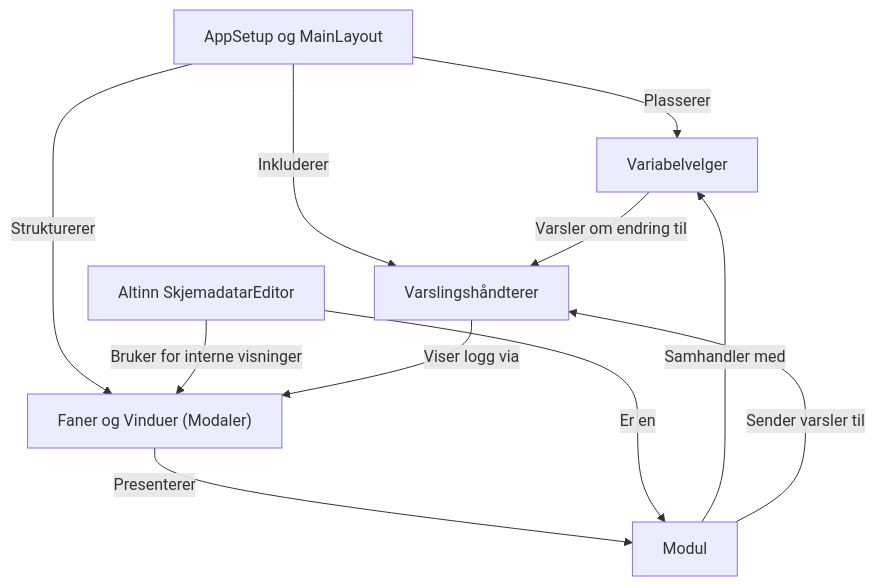
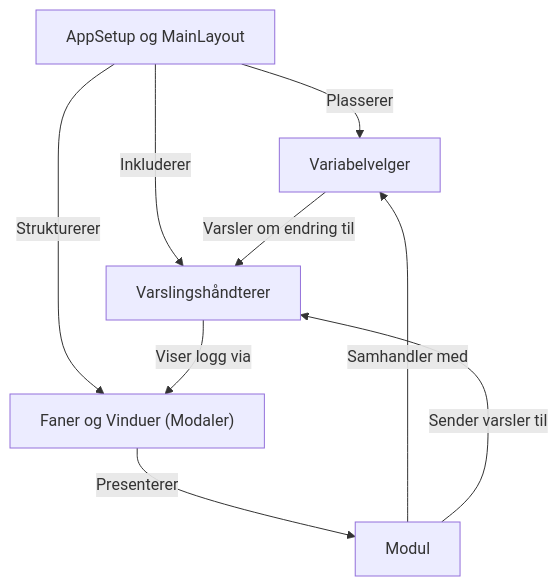
One commit to statisticsnorway/ssb-dash-framework changed the diagram in docs/KI-doc/index.md. Above: the diagram before and after it, drawn with Mermaid.

````diff
--- a/docs/KI-doc/index.md
+++ b/docs/KI-doc/index.md
@@ -8,25 +8,22 @@
 ```mermaid
 flowchart TD
     A0["Variabelvelger
 "]
     A1["Modul
 "]
     A2["AppSetup og MainLayout
 "]
     A3["Faner og Vinduer (Modaler)
 "]
-    A4["Altinn SkjemadatarEditor
-"]
+    
     A5["Varslingshåndterer
 "]
     A2 -- "Plasserer" --> A0
     A2 -- "Strukturerer" --> A3
     A2 -- "Inkluderer" --> A5
     A1 -- "Samhandler med" --> A0
     A0 -- "Varsler om endring til" --> A5
     A3 -- "Presenterer" --> A1
     A1 -- "Sender varsler til" --> A5
-    A4 -- "Bruker for interne visninger" --> A3
-    A4 -- "Er en " --> A1
     A5 -- "Viser logg via" --> A3
 ```
````
